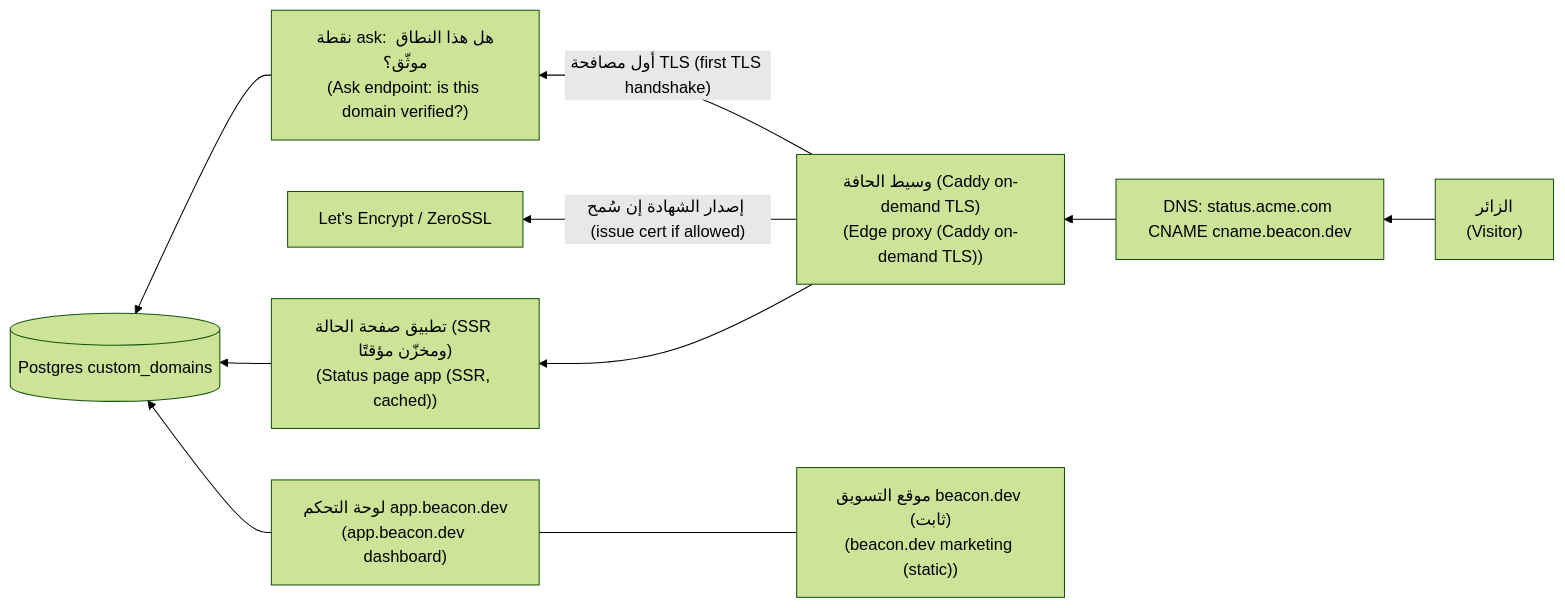
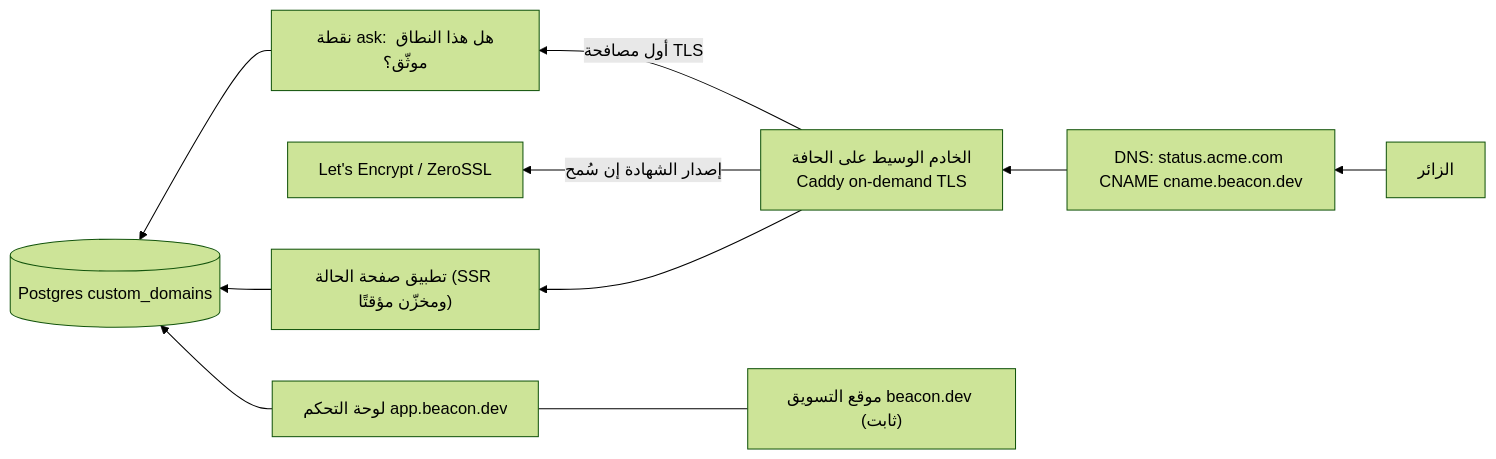
One commit to Tamoura/system-design-for-vibe-coders changed the first of 3 diagrams in saas/modules/06-product-growth.ar.md. Above: the diagram before and after it, drawn with Mermaid (forest theme). The commit also changed other lines of this file and 551 other files, not shown here.

````diff
--- a/saas/modules/06-product-growth.ar.md
+++ b/saas/modules/06-product-growth.ar.md
@@ -125,12 +125,12 @@
 ```mermaid
 flowchart RL
-  V["الزائر<br/>(Visitor)"] --> D["DNS: status.acme.com CNAME cname.beacon.dev"]
-  D --> E["وسيط الحافة (Caddy on-demand TLS)<br/>(Edge proxy (Caddy on-demand TLS))"]
-  E -->|"أول مصافحة TLS (first TLS handshake)"| A["نقطة ask: هل هذا النطاق موثّق؟<br/>(Ask endpoint: is this domain verified?)"]
+  V["الزائر"] --> D["DNS: status.acme.com CNAME cname.beacon.dev"]
+  D --> E["الخادم الوسيط على الحافة<br/>Caddy on-demand TLS"]
+  E -->|"أول مصافحة TLS"| A["نقطة ask: هل هذا النطاق موثّق؟"]
   A --> DB[("Postgres custom_domains")]
-  E -->|"إصدار الشهادة إن سُمح (issue cert if allowed)"| LE["Let's Encrypt / ZeroSSL"]
-  E --> S["تطبيق صفحة الحالة (SSR ومخزّن مؤقتًا)<br/>(Status page app (SSR, cached))"]
+  E -->|"إصدار الشهادة إن سُمح"| LE["Let's Encrypt / ZeroSSL"]
+  E --> S["تطبيق صفحة الحالة (SSR ومخزّن مؤقتًا)"]
   S --> DB
-  M["موقع التسويق beacon.dev (ثابت)<br/>(beacon.dev marketing (static))"] --- X["لوحة التحكم app.beacon.dev<br/>(app.beacon.dev dashboard)"]
+  M["موقع التسويق beacon.dev (ثابت)"] --- X["لوحة التحكم app.beacon.dev"]
   X --> DB
 ```
````
